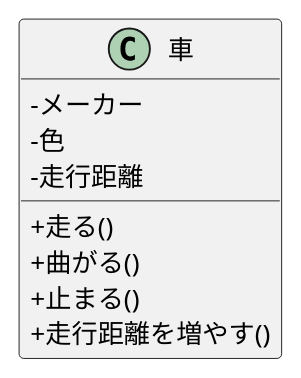
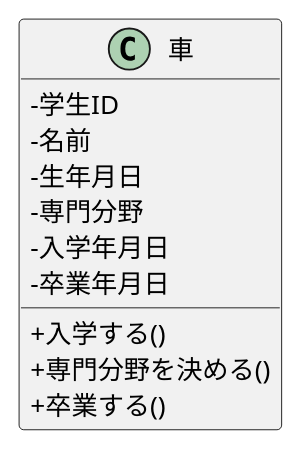
The diagram in 05_2_student.pu (DolphinsUmbrella/ohara_uml), drawn with PlantUML before and after one commit.

Commit message:
修正

```diff
--- a/05_2_student.pu
+++ b/05_2_student.pu
@@ -1,15 +1,17 @@
 @startuml
 
 skinparam classAttributeIconSize 0
 class 車 {
- -メーカー
- -色
- -走行距離
+ -学生ID
+ -名前
+ -生年月日
+ -専門分野
+ -入学年月日
+ -卒業年月日
 
- +走る()
- +曲がる()
- +止まる()
- +走行距離を増やす()
+ +入学する()
+ +専門分野を決める()
+ +卒業する()
 }
 
 @enduml
```
